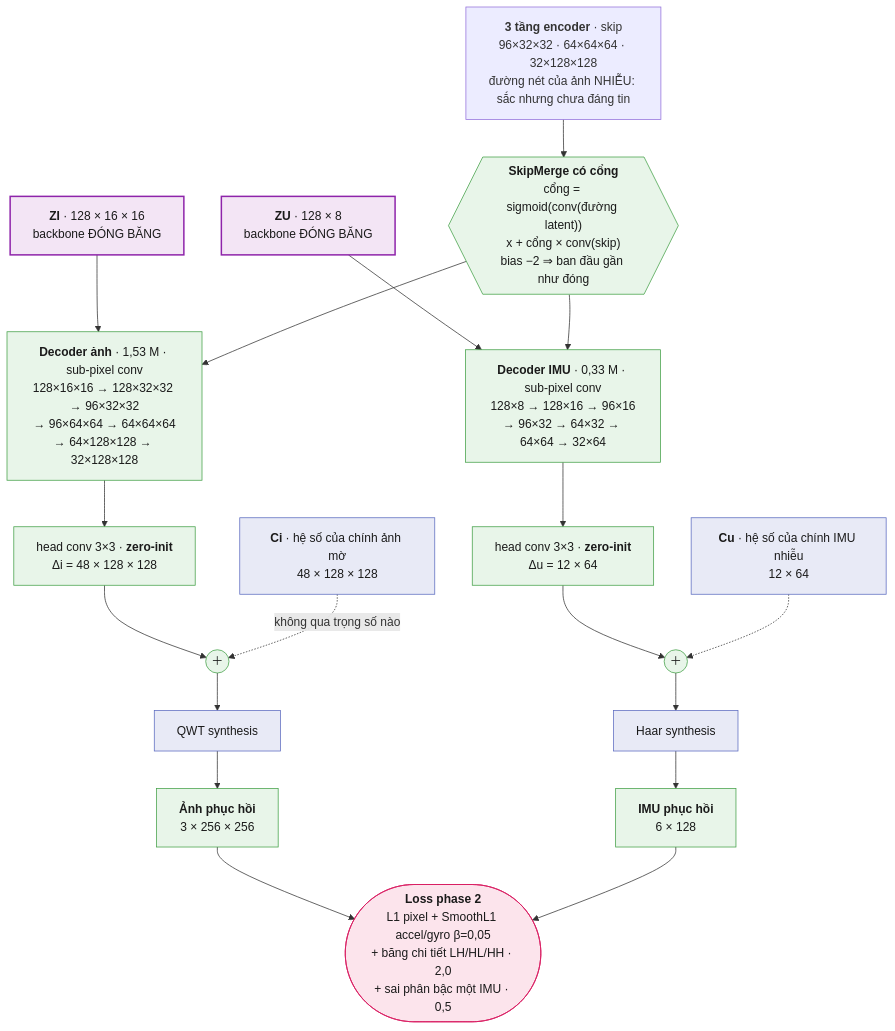
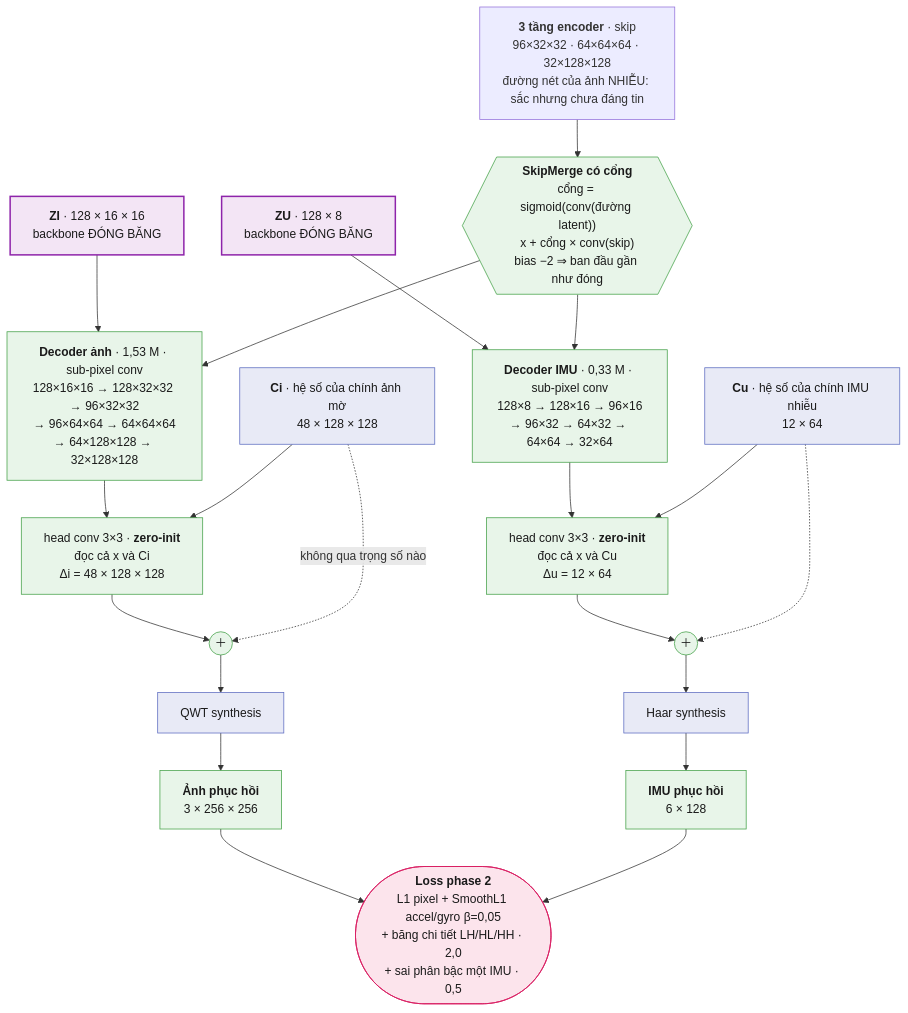
Before and after one commit to leesanghyoek/qwt_jepa_ver3: the fourth of 4 diagrams in README.md, drawn with Mermaid. The commit also changed other lines of this file and 5 other files, not shown here.

````diff
--- a/README.md
+++ b/README.md
@@ -126,37 +126,39 @@
 ```mermaid
 flowchart TB
     ZI["<b>ZI</b> · 128 × 16 × 16<br/>backbone ĐÓNG BĂNG"]
     ZU["<b>ZU</b> · 128 × 8<br/>backbone ĐÓNG BĂNG"]
     DI["<b>Decoder ảnh</b> · 1,53 M · sub-pixel conv<br/>128×16×16 → 128×32×32 → 96×32×32<br/>→ 96×64×64 → 64×64×64<br/>→ 64×128×128 → 32×128×128"]
     DU["<b>Decoder IMU</b> · 0,33 M · sub-pixel conv<br/>128×8 → 128×16 → 96×16<br/>→ 96×32 → 64×32 → 64×64 → 32×64"]
-    HI["head conv 3×3 · <b>zero-init</b><br/>Δi = 48 × 128 × 128"]
-    HU["head conv 3×3 · <b>zero-init</b><br/>Δu = 12 × 64"]
+    HI["head conv 3×3 · <b>zero-init</b><br/>đọc cả x và Ci<br/>Δi = 48 × 128 × 128"]
+    HU["head conv 3×3 · <b>zero-init</b><br/>đọc cả x và Cu<br/>Δu = 12 × 64"]
     CI["<b>Ci</b> · hệ số của chính ảnh mờ<br/>48 × 128 × 128"]
     CU["<b>Cu</b> · hệ số của chính IMU nhiễu<br/>12 × 64"]
     PI(("＋"))
     PU(("＋"))
     SI["QWT synthesis"]
     SU["Haar synthesis"]
     OI["<b>Ảnh phục hồi</b><br/>3 × 256 × 256"]
     OU["<b>IMU phục hồi</b><br/>6 × 128"]
     L1(["<b>Loss phase 2</b><br/>L1 pixel + SmoothL1 accel/gyro β=0,05<br/>+ băng chi tiết LH/HL/HH · 2,0<br/>+ sai phân bậc một IMU · 0,5"])
     SK["<b>3 tầng encoder</b> · skip<br/>96×32×32 · 64×64×64 · 32×128×128<br/>đường nét của ảnh NHIỄU: sắc nhưng chưa đáng tin"]
     GT{{"<b>SkipMerge có cổng</b><br/>cổng = sigmoid(conv(đường latent))<br/>x + cổng × conv(skip)<br/>bias −2 ⇒ ban đầu gần như đóng"}}
     ZI --> DI --> HI --> PI --> SI --> OI --> L1
     ZU --> DU --> HU --> PU --> SU --> OU --> L1
     SK --> GT
     GT --> DI
     GT --> DU
     CI -. "không qua trọng số nào" .-> PI
     CU -.-> PU
+    CI --> HI
+    CU --> HU
     classDef tf fill:#e8eaf6,stroke:#5c6bc0,color:#1a1a1a
     classDef lat fill:#f3e5f5,stroke:#8e24aa,stroke-width:2px,color:#1a1a1a
     classDef p2 fill:#e8f5e9,stroke:#43a047,color:#1a1a1a
     classDef loss fill:#fce4ec,stroke:#d81b60,color:#1a1a1a
     class ZI,ZU lat
     class CI,CU,SI,SU tf
     class DI,DU,HI,HU,PI,PU,OI,OU p2
     class SK bb
     class GT p2
     class L1 loss
 ```
````
